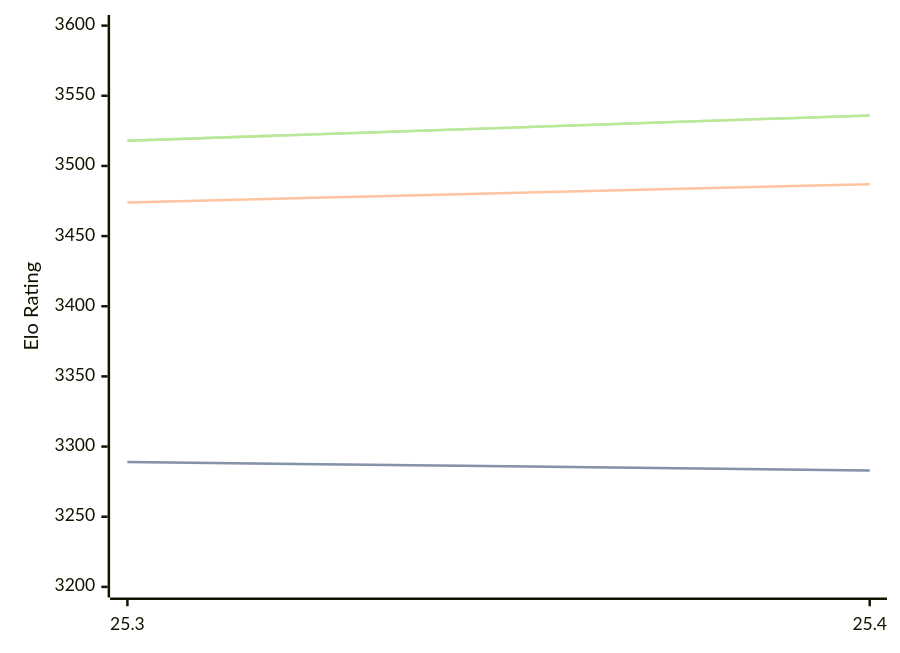
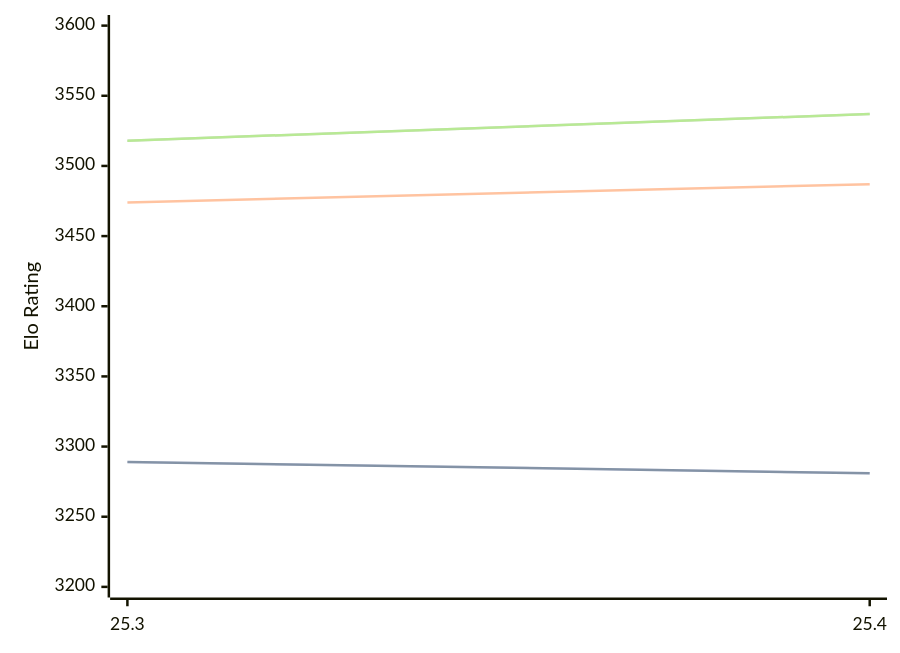
Before and after one commit to computer-chess-index/cci: the diagram in engines/Arasan.md, drawn with Mermaid. The commit also changed other lines of this file, not shown here.

Commit message:
Update CCI Ratings (ELO VLTC) - 2026-05-05

````diff
--- a/engines/Arasan.md
+++ b/engines/Arasan.md
@@ -33,11 +33,11 @@
 ```mermaid
 %%{init: {"theme":"base","themeVariables":{"seriesColors:['#a3a3a3','#222221','#faa371']}}}%%
 xychart-beta
   x-axis ["25.3", "25.4"]
   y-axis "Elo Rating" 3200 --> 3600
-  line "STC (8.0+0.08s)" [3289, 3283]
-  line "STC (8.0+0.08s)" [3289, 3283]
+  line "STC (8.0+0.08s)" [3289, 3281]
+  line "STC (8.0+0.08s)" [3289, 3281]
   line "LTC (60.0+0.60s)" [3474, 3487]
-  line "VLTC (2m24s+1.12s)" [3518, 3536]
-  line "VLTC (2m24s+1.12s)" [3518, 3536]
+  line "VLTC (2m24s+1.12s)" [3518, 3537]
+  line "VLTC (2m24s+1.12s)" [3518, 3537]
 ```
````
